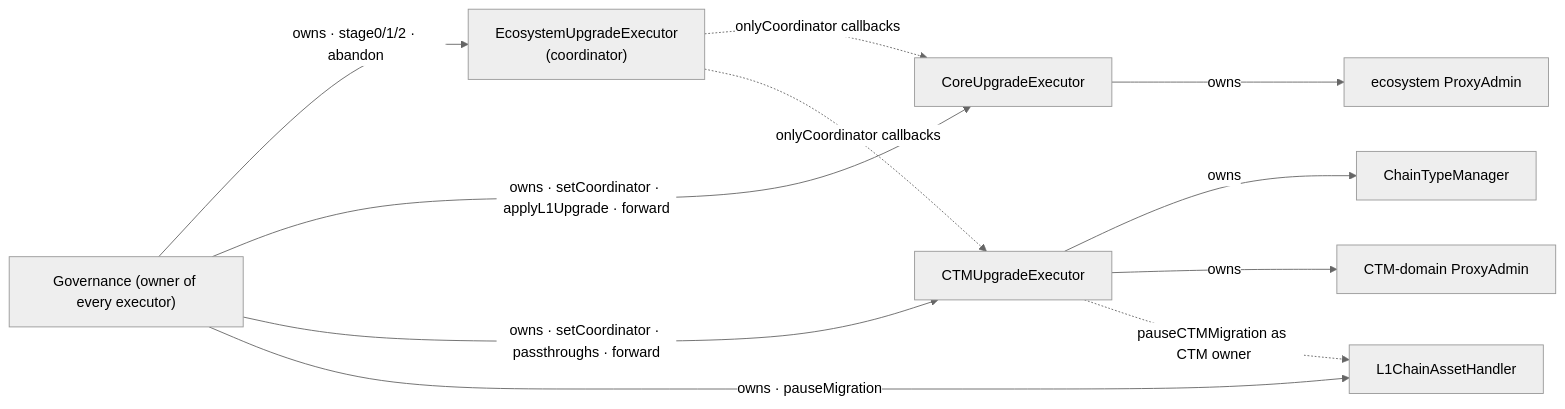
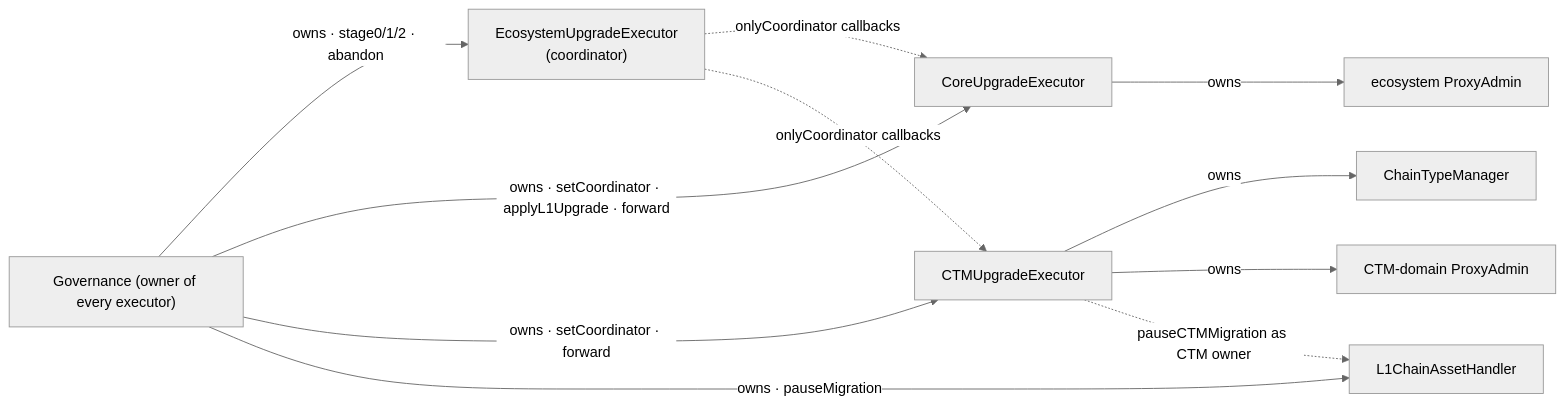
Before and after one commit to matter-labs/era-contracts: the second of 3 diagrams in docs/registry-driven-upgrades.md, drawn with Mermaid (neutral theme). The commit also changed other lines of this file and 64 other files, not shown here.

````diff
--- a/docs/registry-driven-upgrades.md
+++ b/docs/registry-driven-upgrades.md
@@ -193,22 +191,22 @@
 ```mermaid
 flowchart LR
     PUH["Governance (owner of every executor)"]
     EE["EcosystemUpgradeExecutor<br/>(coordinator)"]
     CO["CoreUpgradeExecutor"]
     CE["CTMUpgradeExecutor"]
     PA["ecosystem ProxyAdmin"]
     CPA["CTM-domain ProxyAdmin"]
     CTM["ChainTypeManager"]
     CAH["L1ChainAssetHandler"]
 
     PUH -->|"owns · stage0/1/2 · abandon"| EE
     PUH -->|"owns · setCoordinator · applyL1Upgrade · forward"| CO
-    PUH -->|"owns · setCoordinator · passthroughs · forward"| CE
+    PUH -->|"owns · setCoordinator · forward"| CE
     PUH -->|"owns · pauseMigration"| CAH
     EE -.->|"onlyCoordinator callbacks"| CO
     EE -.->|"onlyCoordinator callbacks"| CE
     CO -->|owns| PA
     CE -->|owns| CTM
     CE -->|owns| CPA
     CE -.->|"pauseCTMMigration as CTM owner"| CAH
 ```
````
